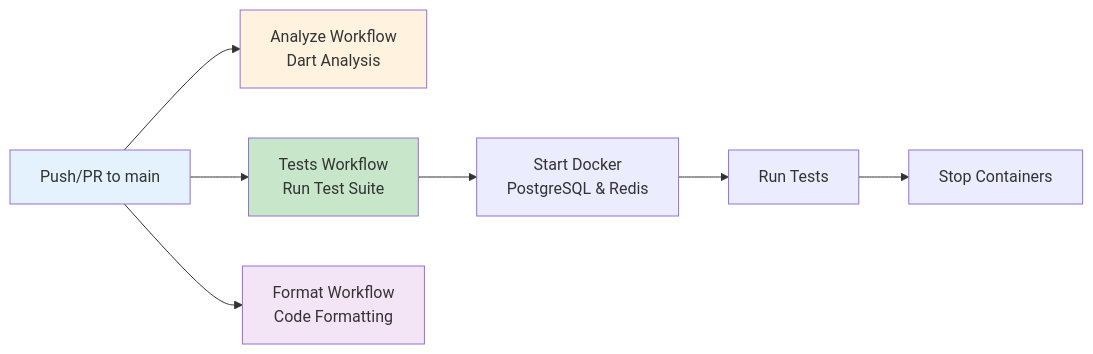
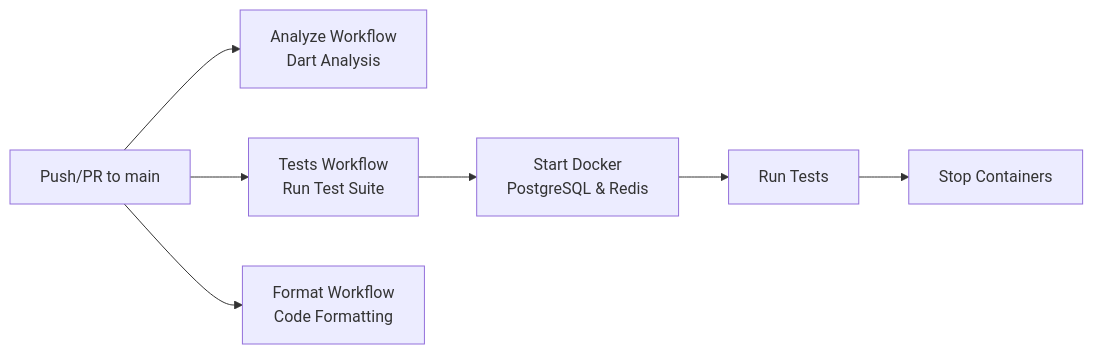
Before and after one commit to gurkanfikretgunak/masterfabric_serverpod: the ninth of 9 diagrams in README.md, drawn with Mermaid. The commit also changed other lines of this file, not shown here.

Commit message:
refactor(README): remove style definitions from diagrams for cleaner presentation

````diff
--- a/README.md
+++ b/README.md
@@ -354,15 +319,10 @@
 ```mermaid
 graph LR
     Push[Push/PR to main] --> Analyze[Analyze Workflow<br/>Dart Analysis]
     Push --> Tests[Tests Workflow<br/>Run Test Suite]
     Push --> Format[Format Workflow<br/>Code Formatting]
     
     Tests --> Docker[Start Docker<br/>PostgreSQL & Redis]
     Docker --> RunTests[Run Tests]
     RunTests --> Cleanup[Stop Containers]
-    
-    style Push fill:#e3f2fd
-    style Analyze fill:#fff3e0
-    style Tests fill:#c8e6c9
-    style Format fill:#f3e5f5
 ```
````
